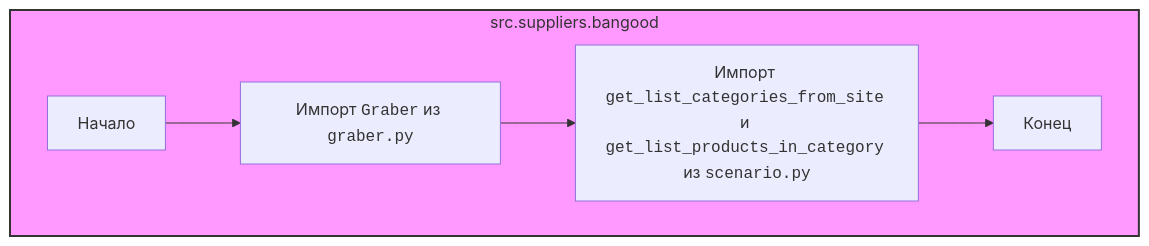
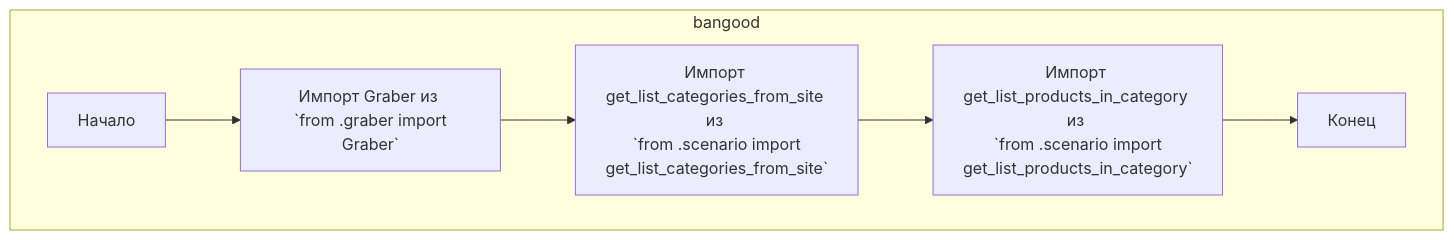
One commit to hypo69/hypo changed the second of 2 diagrams in docs/gemini/ru/explainer/src/suppliers/bangood/__init__.py.md. Above: the diagram before and after it, drawn with Mermaid. The commit also changed other lines of this file and 1505 other files, not shown here.

````diff
--- a/docs/gemini/ru/explainer/src/suppliers/bangood/__init__.py.md
+++ b/docs/gemini/ru/explainer/src/suppliers/bangood/__init__.py.md
@@ -32,11 +26,9 @@
 ```mermaid
 flowchart TD
-    subgraph src.suppliers.bangood
-      Start[Начало] --> ImportGraber[Импорт <code>Graber</code> из <code>graber.py</code>]
-      ImportGraber --> ImportScenarioFunctions[Импорт <code>get_list_categories_from_site</code> и <code>get_list_products_in_category</code> из <code>scenario.py</code>]
-      ImportScenarioFunctions --> End[Конец]
+    subgraph bangood
+        Start[Начало] --> ImportGraber[Импорт Graber из <br> `from .graber import Graber`];
+        ImportGraber --> ImportCategoriesFunc[Импорт get_list_categories_from_site из <br> `from .scenario import get_list_categories_from_site`];
+        ImportCategoriesFunc --> ImportProductsFunc[Импорт get_list_products_in_category из <br> `from .scenario import get_list_products_in_category`];
+        ImportProductsFunc --> End[Конец];
     end
-    
-    style src.suppliers.bangood fill:#f9f,stroke:#333,stroke-width:2px
-    
 ```
````
